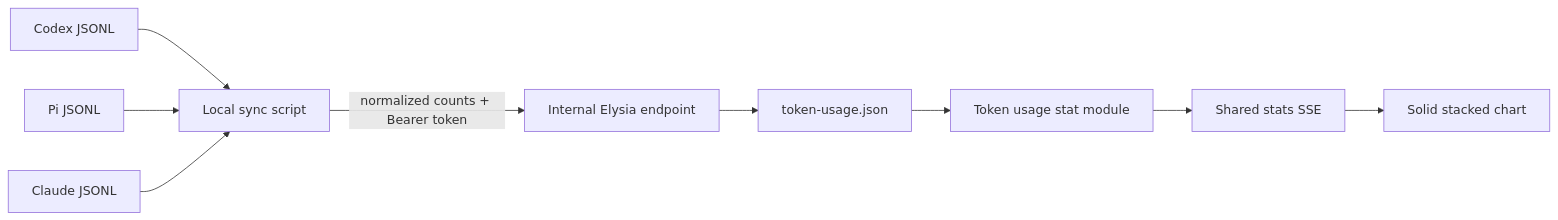
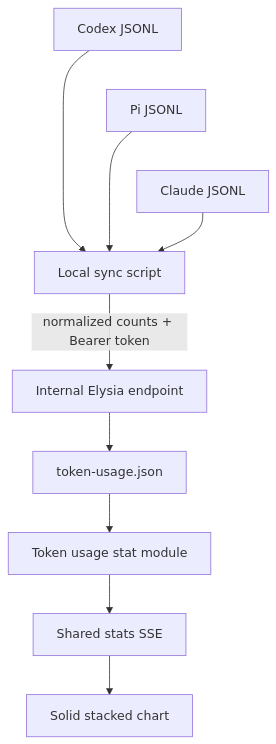
One commit to ErickCReis/ErickCReis changed the first of 3 diagrams in web/content/blog/agent-token-usage-as-a-first-class-stat.mdx. Above: the diagram before and after it, drawn with Mermaid. The commit also changed other lines of this file and 21 other files, not shown here.

First line of the commit message:
Improve Mermaid diagram readability across blog posts

````diff
--- a/web/content/blog/agent-token-usage-as-a-first-class-stat.mdx
+++ b/web/content/blog/agent-token-usage-as-a-first-class-stat.mdx
@@ -16,11 +16,12 @@
 ```mermaid center
-flowchart LR
+flowchart TB
   Codex["Codex JSONL"] --> Local["Local sync script"]
   Pi["Pi JSONL"] --> Local
   Claude["Claude JSONL"] --> Local
+  Codex ~~~ Pi ~~~ Claude
   Local -->|"normalized counts + Bearer token"| Endpoint["Internal Elysia endpoint"]
   Endpoint --> File["token-usage.json"]
   File --> Module["Token usage stat module"]
   Module --> SSE["Shared stats SSE"]
   SSE --> Panel["Solid stacked chart"]
 ```
````
